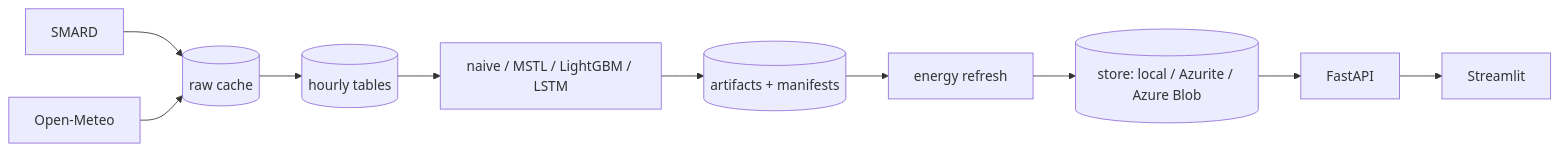
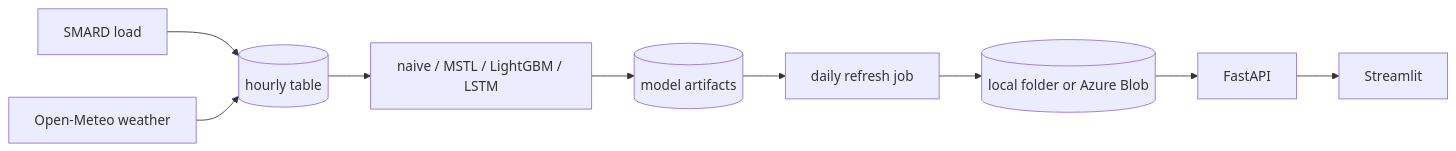
Before and after one commit to rajrejin/german-energy-load-forecasting: the diagram in README.md, drawn with Mermaid. The commit also changed other lines of this file and 6 other files, not shown here.

````diff
--- a/README.md
+++ b/README.md
@@ -26,9 +45,9 @@
 ```mermaid
 flowchart LR
-  SMARD[SMARD] --> RAW[(raw cache)] --> TAB[(hourly tables)]
-  OM[Open-Meteo] --> RAW
+  SMARD[SMARD load] --> TAB[(hourly table)]
+  OM[Open-Meteo weather] --> TAB
   TAB --> MODELS[naive / MSTL / LightGBM / LSTM]
-  MODELS --> ART[(artifacts + manifests)]
-  ART --> REF[energy refresh] --> STORE[(store: local / Azurite / Azure Blob)]
+  MODELS --> ART[(model artifacts)]
+  ART --> REF[daily refresh job] --> STORE[(local folder or Azure Blob)]
   STORE --> API[FastAPI] --> APP[Streamlit]
 ```
````
